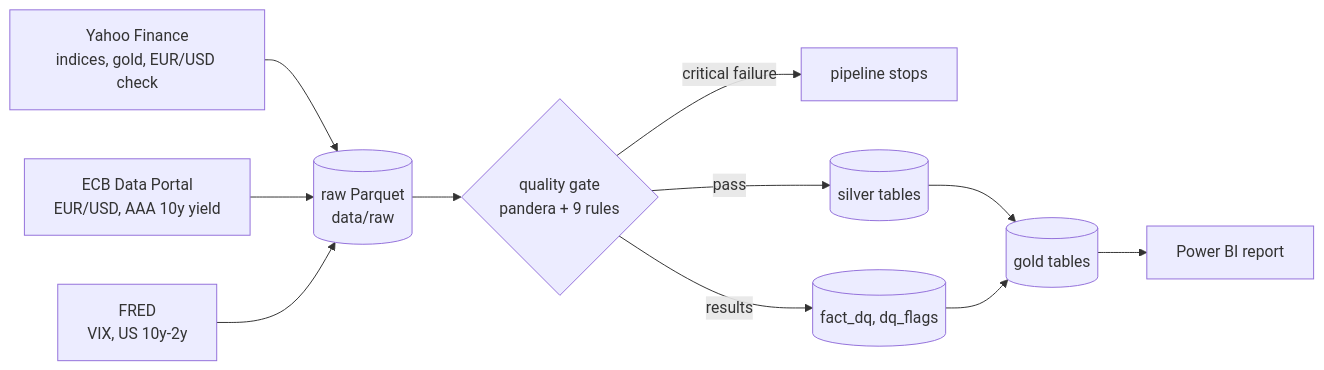
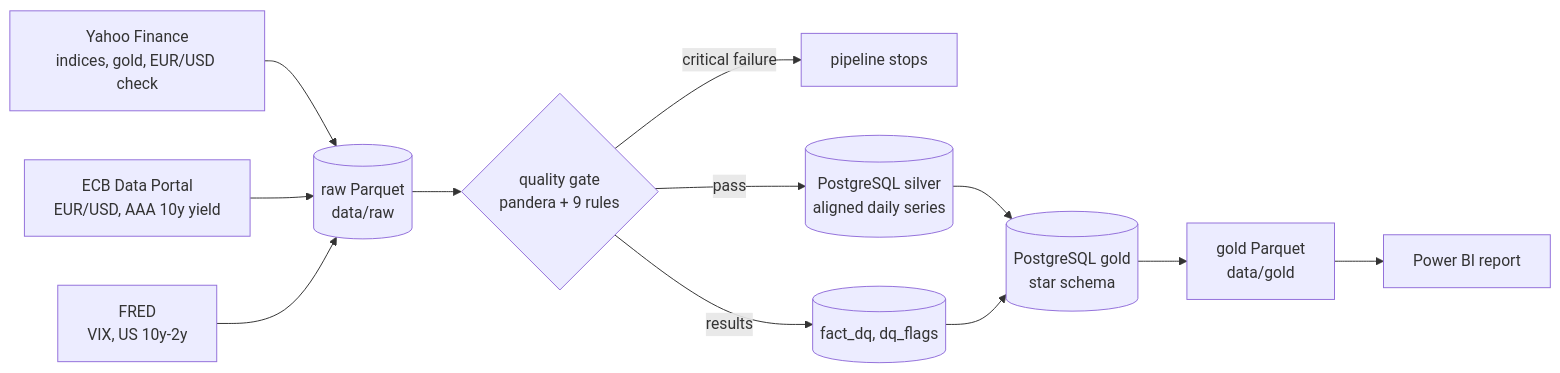
Before and after one commit to MedChahb/market_risk_monitor: the diagram in README.md, drawn with Mermaid. The commit also changed other lines of this file and 1 other file, not shown here.

Commit message:
Document silver and gold tables, update lineage and quick start

````diff
--- a/README.md
+++ b/README.md
@@ -11,13 +11,14 @@
 ```mermaid
 flowchart LR
     Y[Yahoo Finance<br/>indices, gold, EUR/USD check] --> R[(raw Parquet<br/>data/raw)]
     E[ECB Data Portal<br/>EUR/USD, AAA 10y yield] --> R
     F[FRED<br/>VIX, US 10y-2y] --> R
     R --> Q{quality gate<br/>pandera + 9 rules}
     Q -->|critical failure| X[pipeline stops]
     Q -->|results| DQ[(fact_dq, dq_flags)]
-    Q -->|pass| S[(silver tables)]
-    S --> G[(gold tables)]
+    Q -->|pass| S[(PostgreSQL silver<br/>aligned daily series)]
+    S --> G[(PostgreSQL gold<br/>star schema)]
     DQ --> G
-    G --> BI[Power BI report]
+    G --> P[gold Parquet<br/>data/gold]
+    P --> BI[Power BI report]
 ```
````
